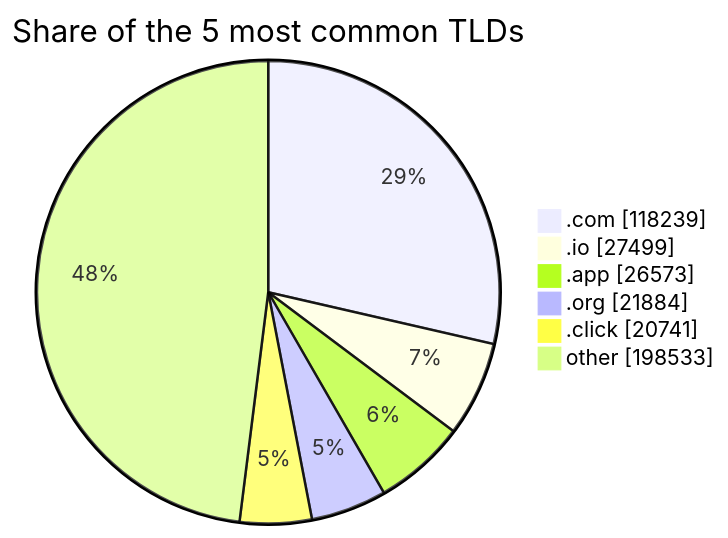
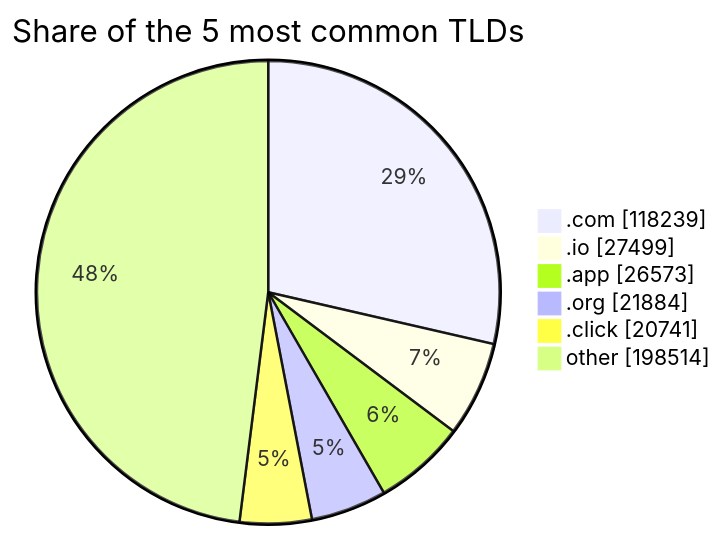
The third of 3 diagrams in README.md (DNSBunker/CTI), drawn with Mermaid before and after one commit. The commit also changed other lines of this file and 3 other files, not shown here.

````diff
--- a/README.md
+++ b/README.md
@@ -81,9 +81,9 @@
 ```mermaid
 pie showData title Share of the 5 most common TLDs
     ".com" : 118239
     ".io" : 27499
     ".app" : 26573
     ".org" : 21884
     ".click" : 20741
-    "other" : 198533
+    "other" : 198514
 ```
````
